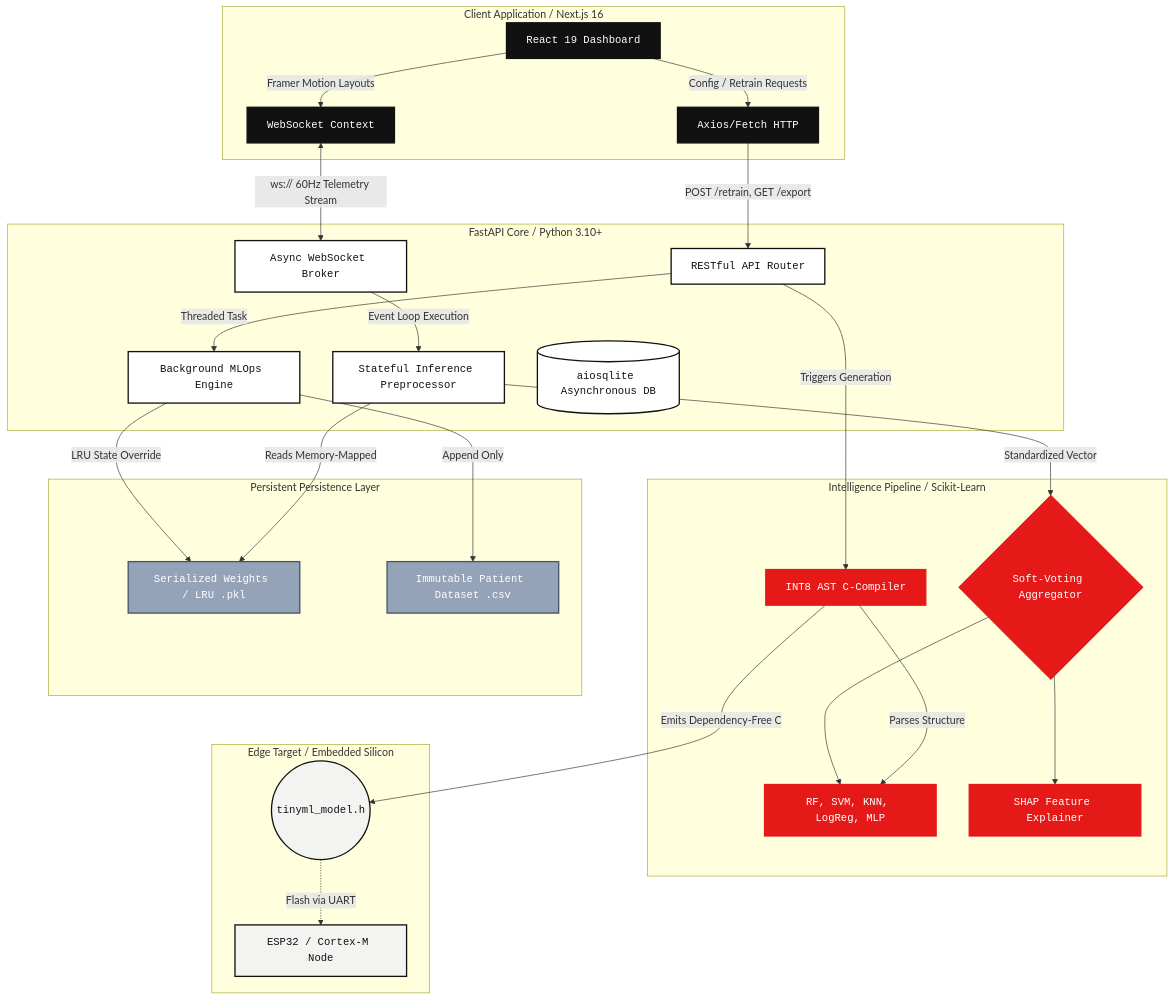
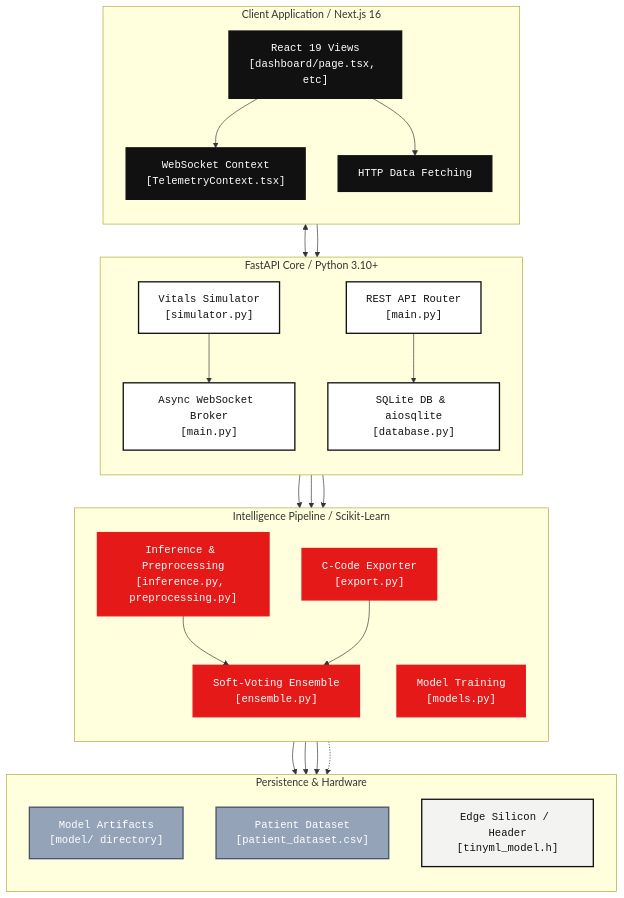
One commit to rachit-mangawa/HEARTFLOW_OS changed the diagram in ARCHITECTURE.md. Above: the diagram before and after it, drawn with Mermaid.

Commit message:
docs: update architecture diagram with gitdiagram structure and compact layout

````diff
--- a/ARCHITECTURE.md
+++ b/ARCHITECTURE.md
@@ -13,63 +13,59 @@
 ```mermaid
 graph TD
     %% Define styles
     classDef frontend fill:#111,stroke:#111,stroke-width:2px,color:#fff,font-family:monospace;
     classDef backend fill:#fff,stroke:#111,stroke-width:2px,color:#111,font-family:monospace;
     classDef ml_node fill:#e61919,stroke:#e61919,stroke-width:2px,color:#fff,font-family:monospace;
     classDef edge_tech fill:#f3f3f2,stroke:#111,stroke-width:2px,color:#111,font-family:monospace;
     classDef data fill:#94a3b8,stroke:#475569,stroke-width:2px,color:#fff,font-family:monospace;
 
     subgraph Client [Client Application / Next.js 16]
-        UI[React 19 Dashboard]:::frontend
-        WS_Client[WebSocket Context]:::frontend
-        HTTP_Client[Axios/Fetch HTTP]:::frontend
+        direction TB
+        UI["React 19 Views<br/>[dashboard/page.tsx, etc]"]:::frontend
+        WS_Client["WebSocket Context<br/>[TelemetryContext.tsx]"]:::frontend
+        HTTP_Client["HTTP Data Fetching"]:::frontend
     end
 
     subgraph Core [FastAPI Core / Python 3.10+]
-        WS_Server[Async WebSocket Broker]:::backend
-        REST_API[RESTful API Router]:::backend
-        Inference[Stateful Inference Preprocessor]:::backend
-        MLOps[Background MLOps Engine]:::backend
-        DB[(aiosqlite Asynchronous DB)]:::backend
+        direction TB
+        WS_Server["Async WebSocket Broker<br/>[main.py]"]:::backend
+        REST_API["REST API Router<br/>[main.py]"]:::backend
+        Simulator["Vitals Simulator<br/>[simulator.py]"]:::backend
+        DB["SQLite DB & aiosqlite<br/>[database.py]"]:::backend
     end
 
     subgraph ML_Layer [Intelligence Pipeline / Scikit-Learn]
-        Ensemble{Soft-Voting Aggregator}:::ml_node
-        Models[RF, SVM, KNN, LogReg, MLP]:::ml_node
-        SHAP[SHAP Feature Explainer]:::ml_node
-        EdgeCompiler[INT8 AST C-Compiler]:::ml_node
+        direction TB
+        Inference["Inference & Preprocessing<br/>[inference.py, preprocessing.py]"]:::ml_node
+        Ensemble["Soft-Voting Ensemble<br/>[ensemble.py]"]:::ml_node
+        Training["Model Training<br/>[models.py]"]:::ml_node
+        EdgeCompiler["C-Code Exporter<br/>[export.py]"]:::ml_node
     end
 
-    subgraph Hardware [Edge Target / Embedded Silicon]
-        HEADER((tinyml_model.h)):::edge_tech
-        MCU[ESP32 / Cortex-M Node]:::edge_tech
+    subgraph Storage [Persistence & Hardware]
+        direction TB
+        ModelWeights["Model Artifacts<br/>[model/ directory]"]:::data
+        CSV["Patient Dataset<br/>[patient_dataset.csv]"]:::data
+        MCU["Edge Silicon / Header<br/>[tinyml_model.h]"]:::edge_tech
     end
 
-    subgraph Storage [Persistent Persistence Layer]
-        ModelWeights[Serialized Weights / LRU .pkl]:::data
-        CSV[Immutable Patient Dataset .csv]:::data
-    end
-
-    %% Edge Flows
-    UI -->|Framer Motion Layouts| WS_Client
-    UI -->|Config / Retrain Requests| HTTP_Client
+    %% Flows
+    UI --> WS_Client
+    UI --> HTTP_Client
     
-    WS_Client <-->|ws:// 60Hz Telemetry Stream| WS_Server
-    HTTP_Client -->|POST /retrain, GET /export| REST_API
+    WS_Client <--> WS_Server
+    HTTP_Client --> REST_API
     
-    WS_Server -->|Event Loop Execution| Inference
-    REST_API -->|Threaded Task| MLOps
-    REST_API -->|Triggers Generation| EdgeCompiler
+    WS_Server --> Inference
+    Simulator --> WS_Server
+    REST_API --> DB
+    REST_API --> Training
+    REST_API --> EdgeCompiler
     
-    Inference -->|Standardized Vector| Ensemble
-    Ensemble --> Models
-    Ensemble --> SHAP
-    
-    MLOps -->|LRU State Override| ModelWeights
-    MLOps -->|Append Only| CSV
-    EdgeCompiler -->|Parses Structure| Models
-    Inference -->|Reads Memory-Mapped| ModelWeights
-    
-    EdgeCompiler -->|Emits Dependency-Free C| HEADER
-    HEADER -.->|Flash via UART| MCU
+    Inference --> Ensemble
+    Training --> ModelWeights
+    Training --> CSV
+    Ensemble --> ModelWeights
+    EdgeCompiler --> Ensemble
+    EdgeCompiler -.-> MCU
 ```
````
